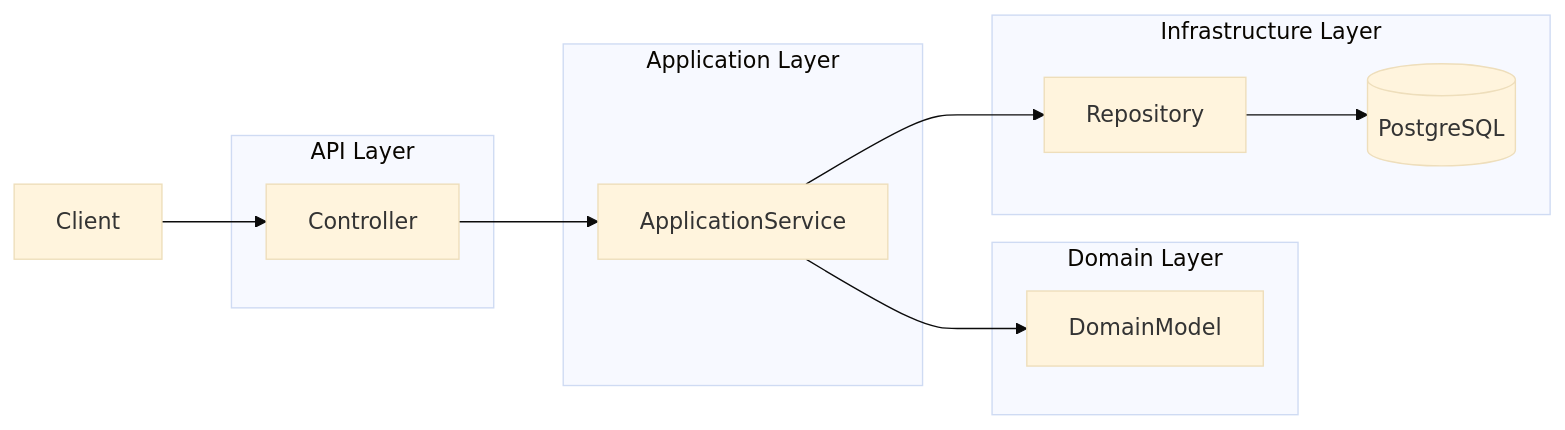
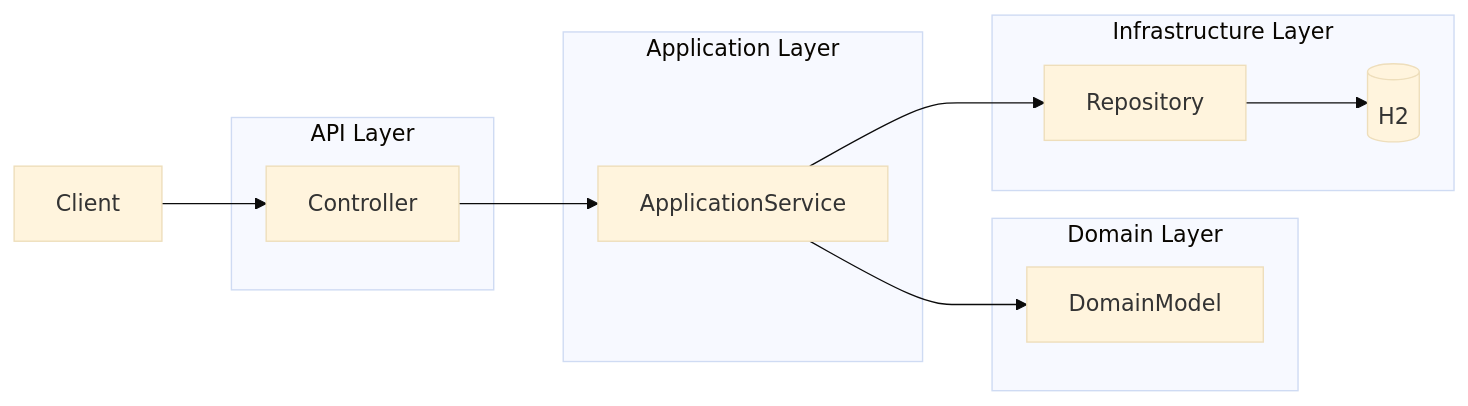
Before and after one commit to dusts19/FinLedger: the diagram in backend-spring/README.md, drawn with Mermaid (base theme). The commit also changed other lines of this file and 7 other files, not shown here.

````diff
--- a/backend-spring/README.md
+++ b/backend-spring/README.md
@@ -55,26 +57,26 @@
 ```mermaid
 flowchart LR
 
 Client --> Controller
 Controller --> ApplicationService
 ApplicationService --> DomainModel
 ApplicationService --> Repository
 Repository --> Database
 
 subgraph API Layer
 Controller
 end
 
 subgraph Application Layer
 ApplicationService
 end
 
 subgraph Domain Layer
 DomainModel
 end
 
 subgraph Infrastructure Layer
 Repository
-Database[(PostgreSQL)]
+Database[(H2)]
 end
 ```
````
